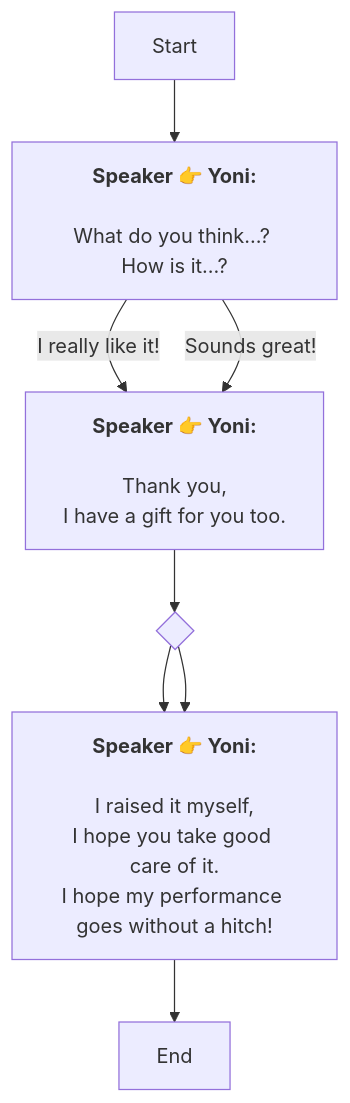
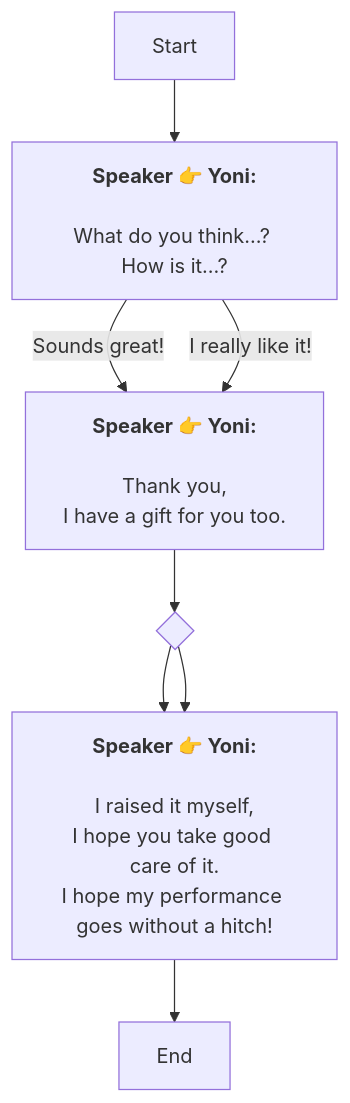
Before and after one commit to SoftHu/tos_avg: the diagram in En/QuestStartTalkENode_1741644675494136.md, drawn with Mermaid. The commit also changed other lines of this file and 780 other files, not shown here.

````diff
--- a/En/QuestStartTalkENode_1741644675494136.md
+++ b/En/QuestStartTalkENode_1741644675494136.md
@@ -1,20 +1,20 @@
 ```mermaid
 graph
 Start -->1741644696142075[<b>Speaker 👉 Yoni:</b>
 \nWhat do you think...? How is it...?]
-1741644696142075 -->|I really like it!|1741644780826881[<b>Speaker 👉 Yoni:</b>
+1741644696142075 -->|Sounds great!|1741644780826881[<b>Speaker 👉 Yoni:</b>
 \nThank you,
 I have a gift for you too.]
-1741644696142075 -->|Sounds great!|1741644780826881[<b>Speaker 👉 Yoni:</b>
+1741644696142075 -->|I really like it!|1741644780826881[<b>Speaker 👉 Yoni:</b>
 \nThank you,
 I have a gift for you too.]
 1741644780826881 -->1741644798498050{ }
 1741644798498050 -->1741644967451907[<b>Speaker 👉 Yoni:</b>
 \nI raised it myself,
 I hope you take good care of it.\nI hope my performance goes without a hitch!]
 1741644798498050 -->1741644967451907[<b>Speaker 👉 Yoni:</b>
 \nI raised it myself,
 I hope you take good care of it.\nI hope my performance goes without a hitch!]
 1741644967451907 -->1741645063795972[End]
 
 ```
````
